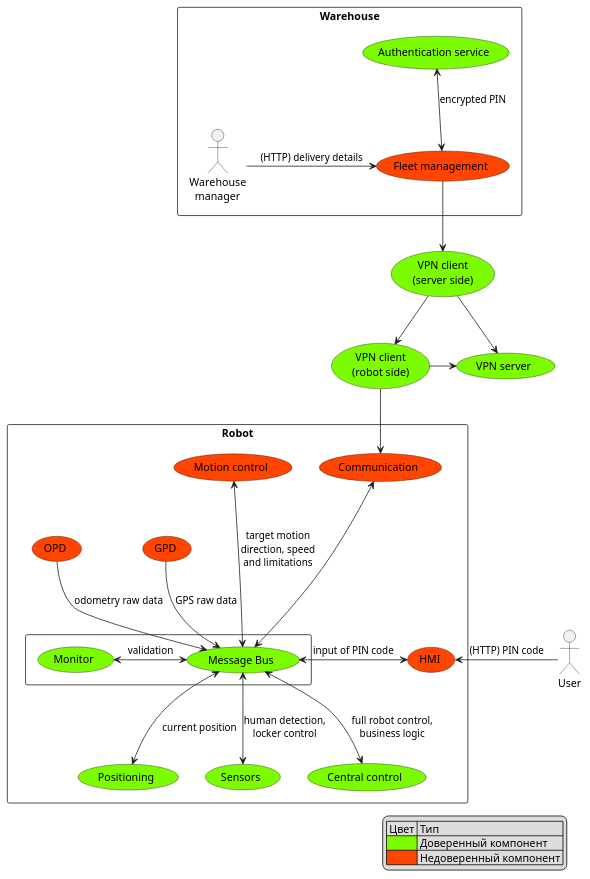
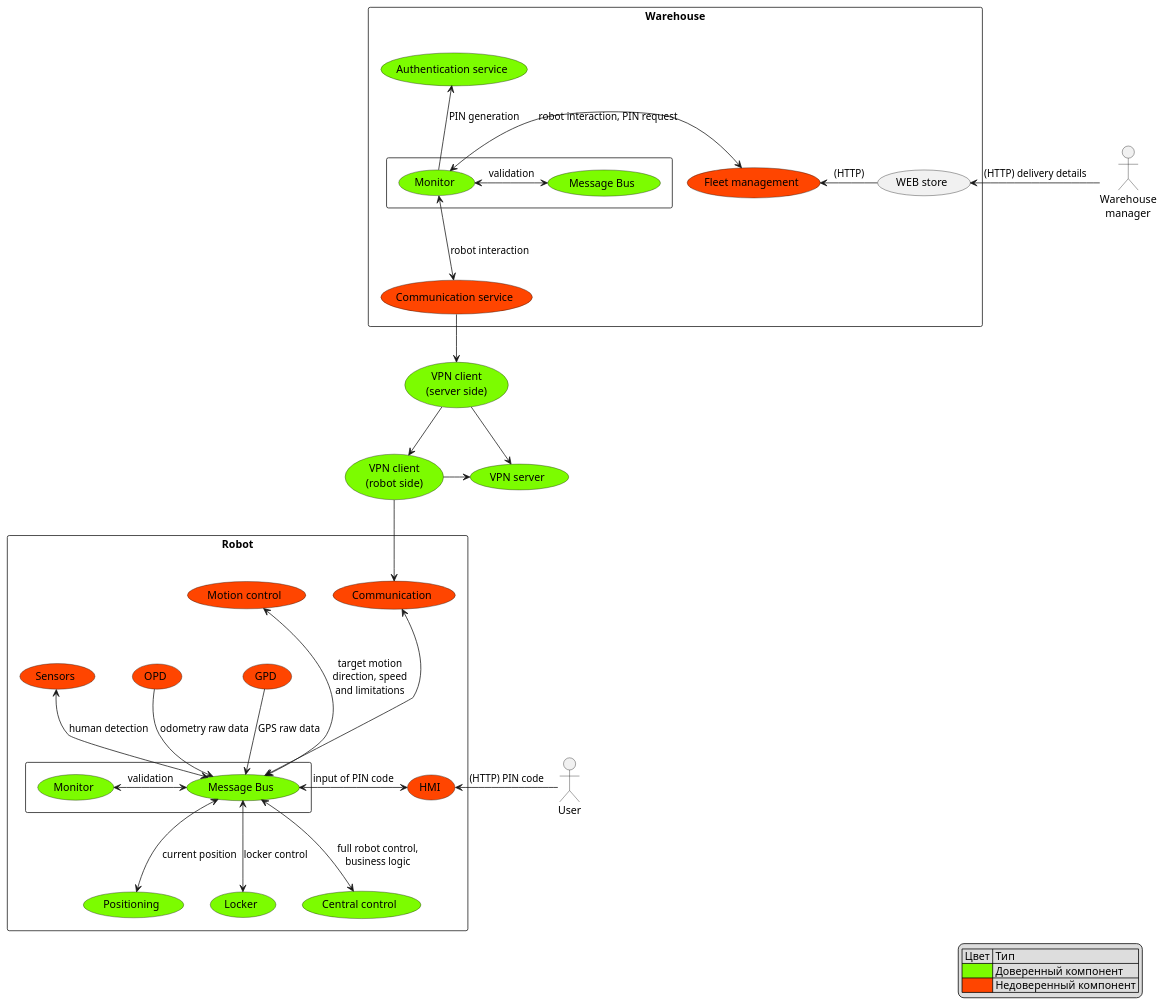
Before and after one commit to Losssaw3/cyberimmune-delivery-robot: the diagram in docs/diagrams/HLA_trusted.puml, drawn with PlantUML. The commit also changed 5 other files, not shown here.

```diff
--- a/docs/diagrams/HLA_trusted.puml
+++ b/docs/diagrams/HLA_trusted.puml
@@ -1,63 +1,82 @@
 @startuml
 
 actor User as U
 
 usecase "VPN client\n(server side)" as VPNC0 #lawngreen
 usecase "VPN client\n(robot side)" as VPNC1 #lawngreen
 usecase "VPN server" as VPNS #lawngreen
 
+actor "Warehouse\n  manager" as W
+
+
 rectangle Warehouse {
-    actor "Warehouse\n  manager" as W
+    usecase "WEB store" as WS
+    W -left-> WS: (HTTP) delivery details
+
     usecase "Fleet management" as FMS #orangered
     usecase "Authentication service" as AS #lawngreen
+    usecase "Communication service" as CS_SRV #orangered
 
-    W -> FMS : (HTTP) delivery details
-    FMS <-up-> AS: encrypted PIN
-    FMS --> VPNC0
+    rectangle {
+        usecase "Message Bus" as MB_SRV #lawngreen
+        usecase "Monitor" as M_SRV #lawngreen
+
+        M_SRV <-> MB_SRV: validation
+    }
+
+    WS -left-> FMS: (HTTP)
+
+    M_SRV <-left-> FMS: robot interaction, PIN request
+    M_SRV <-down-> CS_SRV: robot interaction
+    M_SRV -up-> AS: PIN generation
+
+    CS_SRV --> VPNC0
 }
 
 VPNC0 --> VPNC1
 VPNC0 -> VPNS
 VPNC1 -> VPNS
 
 rectangle Robot {
     usecase "Communication" as CS #orangered
     usecase "Motion control" as MCU #orangered
     usecase "GPD" as GPD #orangered
     usecase "OPD" as OPD #orangered
     usecase "Positioning" as PU #lawngreen
-    usecase "Sensors" as SU #lawngreen
+    usecase "Sensors" as SU #orangered
+    usecase "Locker" as LU #lawngreen
     usecase "HMI" as HMI #orangered
     usecase "Central control" as CCU #lawngreen
 
     rectangle {
         usecase "Message Bus" as MB #lawngreen
         usecase "Monitor" as M #lawngreen
 
         M <-> MB: validation
     }
 
     VPNC1 --> CS
 
     CS <---> MB
 
+    MCU <---> MB: target motion\ndirection, speed\nand limitations
     MB <-down-> CCU: full robot control,\nbusiness logic
-    MCU <---> MB: target motion\ndirection, speed\nand limitations
+    SU <-down-> MB: human detection
     PU <-up-> MB: current position
-    SU <-up-> MB: human detection,\nlocker control
+    LU <-up-> MB: locker control
     HMI <-> MB : input of PIN code
 
     OPD --> MB: odometry raw data
     GPD -down-> MB: GPS raw data
 
     U -> HMI: (HTTP) PIN code
 }
 
 
 legend right
     | Цвет | Тип |
     |<#lawngreen> | Доверенный компонент |
     |<#orangered>| Недоверенный компонент |
 end legend
 
 @enduml
```
